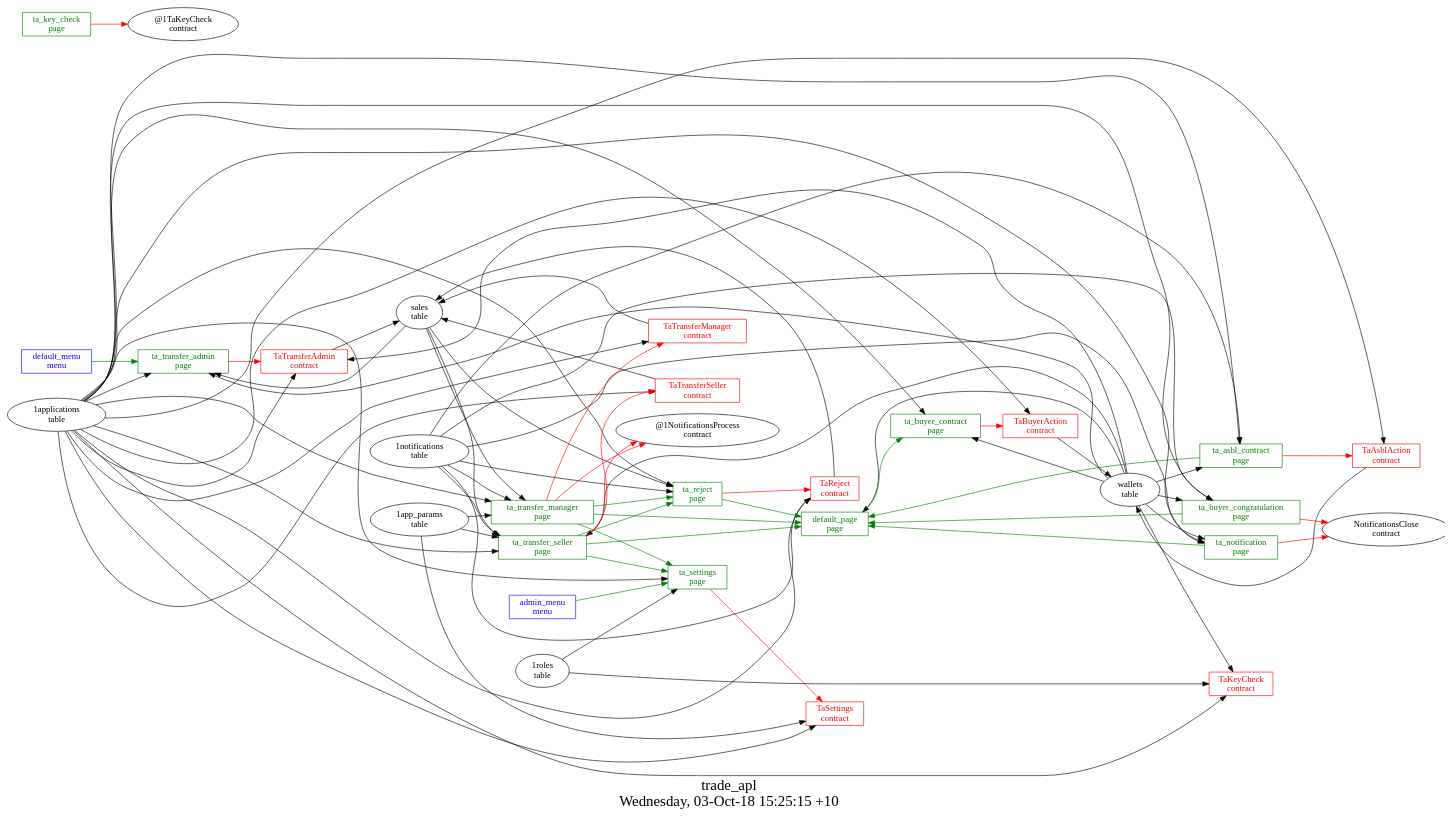
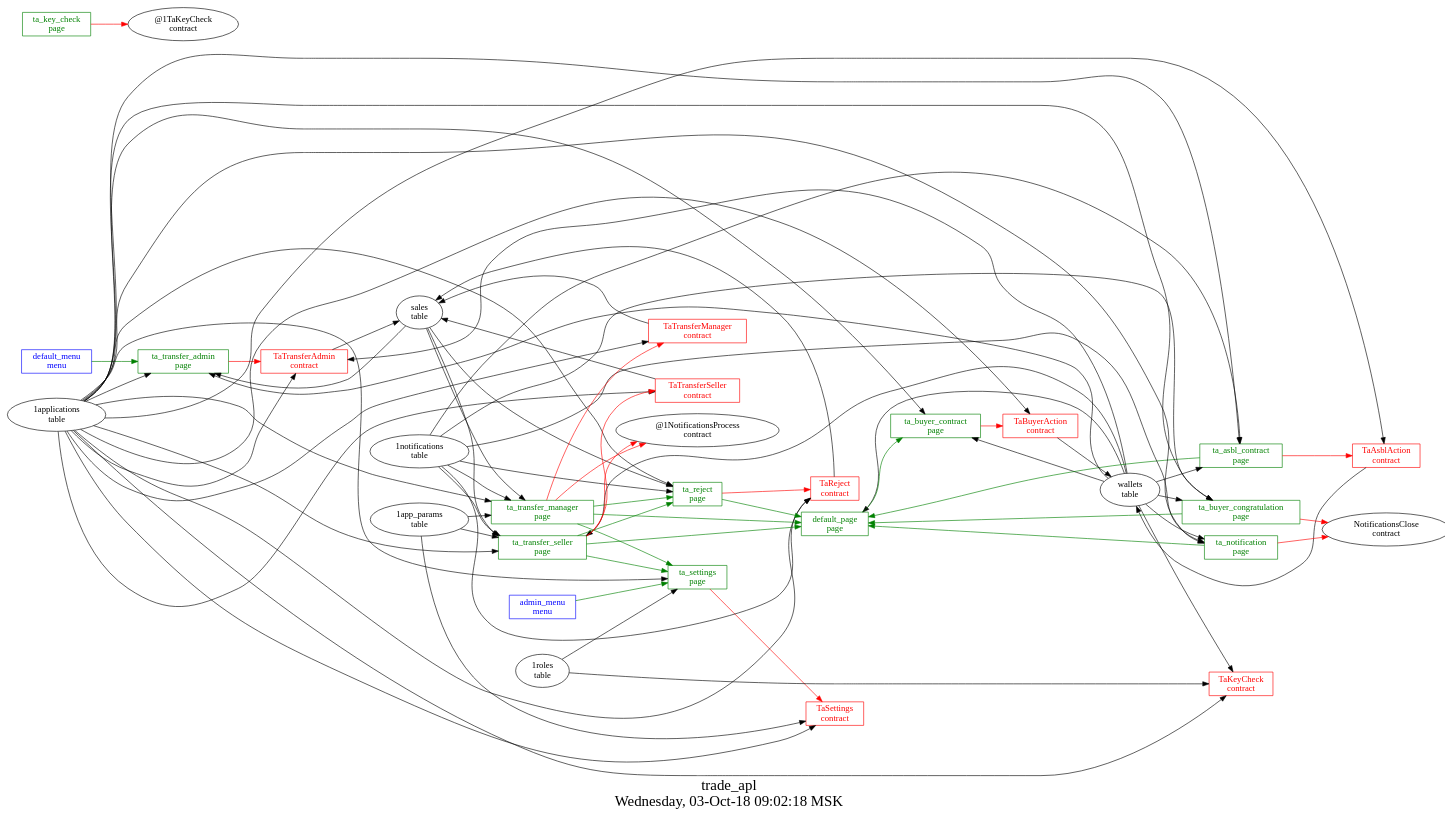
One commit to AplaProject/apps changed the diagram in other/trade_apl/struct.dot. Above: the diagram before and after it, drawn with Graphviz. The commit also changed 3 other files, not shown here.

```diff
--- a/other/trade_apl/struct.dot
+++ b/other/trade_apl/struct.dot
@@ -1,104 +1,104 @@
 digraph G {
 fontsize="24";
-label="trade_apl\nWednesday, 03-Oct-18 15:25:15 +10";
+label="trade_apl\nWednesday, 03-Oct-18 09:02:18 MSK";
 nojustify=true;
 ordering=out;
 rankdir=LR;
 size="30";
 "admin_menu\nmenu" -> "ta_settings\npage"  [ color=green ]
 "admin_menu\nmenu" [color=blue, fontcolor=blue, group=menus, shape=record];
 "default_menu\nmenu" -> "ta_transfer_admin\npage"  [ color=green ]
 "default_menu\nmenu" [color=blue, fontcolor=blue, group=menus, shape=record];
 "wallets\ntable" -> "default_page\npage"
 "default_page\npage" -> "ta_buyer_contract\npage"  [ color=green ]
 "default_page\npage" [color=green, fontcolor=green, group=pages, shape=record];
 "ta_asbl_contract\npage" -> "TaAsblAction\ncontract"  [ color=red ]
 "1applications\ntable" -> "ta_asbl_contract\npage"
 "1notifications\ntable" -> "ta_asbl_contract\npage"
 "wallets\ntable" -> "ta_asbl_contract\npage"
 "ta_asbl_contract\npage" -> "default_page\npage"  [ color=green ]
 "ta_asbl_contract\npage" [color=green, fontcolor=green, group=pages, shape=record];
 "ta_buyer_congratulation\npage" -> "NotificationsClose\ncontract"  [ color=red ]
 "1applications\ntable" -> "ta_buyer_congratulation\npage"
 "1notifications\ntable" -> "ta_buyer_congratulation\npage"
 "wallets\ntable" -> "ta_buyer_congratulation\npage"
 "ta_buyer_congratulation\npage" -> "default_page\npage"  [ color=green ]
 "ta_buyer_congratulation\npage" [color=green, fontcolor=green, group=pages, shape=record];
 "ta_buyer_contract\npage" -> "TaBuyerAction\ncontract"  [ color=red ]
 "1applications\ntable" -> "ta_buyer_contract\npage"
 "wallets\ntable" -> "ta_buyer_contract\npage"
 "ta_buyer_contract\npage" [color=green, fontcolor=green, group=pages, shape=record];
 "ta_key_check\npage" -> "@1TaKeyCheck\ncontract"  [ color=red ]
 "ta_key_check\npage" [color=green, fontcolor=green, group=pages, shape=record];
 "ta_notification\npage" -> "NotificationsClose\ncontract"  [ color=red ]
 "1applications\ntable" -> "ta_notification\npage"
 "1notifications\ntable" -> "ta_notification\npage"
 "wallets\ntable" -> "ta_notification\npage"
 "ta_notification\npage" -> "default_page\npage"  [ color=green ]
 "ta_notification\npage" [color=green, fontcolor=green, group=pages, shape=record];
 "ta_reject\npage" -> "TaReject\ncontract"  [ color=red ]
 "1applications\ntable" -> "ta_reject\npage"
 "1notifications\ntable" -> "ta_reject\npage"
 "sales\ntable" -> "ta_reject\npage"
 "ta_reject\npage" -> "default_page\npage"  [ color=green ]
 "ta_reject\npage" [color=green, fontcolor=green, group=pages, shape=record];
 "ta_settings\npage" -> "TaSettings\ncontract"  [ color=red ]
 "1applications\ntable" -> "ta_settings\npage"
 "1roles\ntable" -> "ta_settings\npage"
 "ta_settings\npage" [color=green, fontcolor=green, group=pages, shape=record];
 "ta_transfer_admin\npage" -> "TaTransferAdmin\ncontract"  [ color=red ]
 "1applications\ntable" -> "ta_transfer_admin\npage"
 "sales\ntable" -> "ta_transfer_admin\npage"
 "wallets\ntable" -> "ta_transfer_admin\npage"
 "ta_transfer_admin\npage" [color=green, fontcolor=green, group=pages, shape=record];
 "ta_transfer_manager\npage" -> "TaTransferManager\ncontract"  [ color=red ]
 "ta_transfer_manager\npage" -> "@1NotificationsProcess\ncontract"  [ color=red ]
 "1applications\ntable" -> "ta_transfer_manager\npage"
 "1notifications\ntable" -> "ta_transfer_manager\npage"
 "sales\ntable" -> "ta_transfer_manager\npage"
 "1app_params\ntable" -> "ta_transfer_manager\npage"
 "ta_transfer_manager\npage" -> "ta_reject\npage"  [ color=green ]
 "ta_transfer_manager\npage" -> "default_page\npage"  [ color=green ]
 "ta_transfer_manager\npage" -> "ta_settings\npage"  [ color=green ]
 "ta_transfer_manager\npage" [color=green, fontcolor=green, group=pages, shape=record];
 "ta_transfer_seller\npage" -> "TaTransferSeller\ncontract"  [ color=red ]
 "ta_transfer_seller\npage" -> "@1NotificationsProcess\ncontract"  [ color=red ]
 "1applications\ntable" -> "ta_transfer_seller\npage"
 "1notifications\ntable" -> "ta_transfer_seller\npage"
 "sales\ntable" -> "ta_transfer_seller\npage"
 "wallets\ntable" -> "ta_transfer_seller\npage"
 "1app_params\ntable" -> "ta_transfer_seller\npage"
 "ta_transfer_seller\npage" -> "ta_reject\npage"  [ color=green ]
 "ta_transfer_seller\npage" -> "default_page\npage"  [ color=green ]
 "ta_transfer_seller\npage" -> "ta_settings\npage"  [ color=green ]
 "ta_transfer_seller\npage" [color=green, fontcolor=green, group=pages, shape=record];
 "TaAsblAction\ncontract" -> "wallets\ntable"  [ color="" ]
 "1applications\ntable" -> "TaAsblAction\ncontract"
 "TaAsblAction\ncontract" [color=red, fontcolor=red, group=contracts, shape=record];
 "TaBuyerAction\ncontract" -> "wallets\ntable"  [ color="" ]
 "1applications\ntable" -> "TaBuyerAction\ncontract"
 "TaBuyerAction\ncontract" [color=red, fontcolor=red, group=contracts, shape=record];
 "wallets\ntable" -> "TaKeyCheck\ncontract"
 "1applications\ntable" -> "TaKeyCheck\ncontract"
 "1roles\ntable" -> "TaKeyCheck\ncontract"
 "TaKeyCheck\ncontract" [color=red, fontcolor=red, group=contracts, shape=record];
 "TaReject\ncontract" -> "sales\ntable"  [ color="" ]
 "1applications\ntable" -> "TaReject\ncontract"
 "1notifications\ntable" -> "TaReject\ncontract"
 "TaReject\ncontract" [color=red, fontcolor=red, group=contracts, shape=record];
 "1applications\ntable" -> "TaSettings\ncontract"
 "1app_params\ntable" -> "TaSettings\ncontract"
 "TaSettings\ncontract" [color=red, fontcolor=red, group=contracts, shape=record];
 "TaTransferAdmin\ncontract" -> "sales\ntable"  [ color="" ]
 "1applications\ntable" -> "TaTransferAdmin\ncontract"
 "wallets\ntable" -> "TaTransferAdmin\ncontract"
 "TaTransferAdmin\ncontract" [color=red, fontcolor=red, group=contracts, shape=record];
 "TaTransferManager\ncontract" -> "sales\ntable"  [ color="" ]
 "1applications\ntable" -> "TaTransferManager\ncontract"
 "TaTransferManager\ncontract" [color=red, fontcolor=red, group=contracts, shape=record];
 "TaTransferSeller\ncontract" -> "sales\ntable"  [ color="" ]
 "1applications\ntable" -> "TaTransferSeller\ncontract"
 "TaTransferSeller\ncontract" [color=red, fontcolor=red, group=contracts, shape=record];
 "sales\ntable" [color="", fontcolor="", group=tables, shape=""];
 "wallets\ntable" [color="", fontcolor="", group=tables, shape=""];
 }
```
